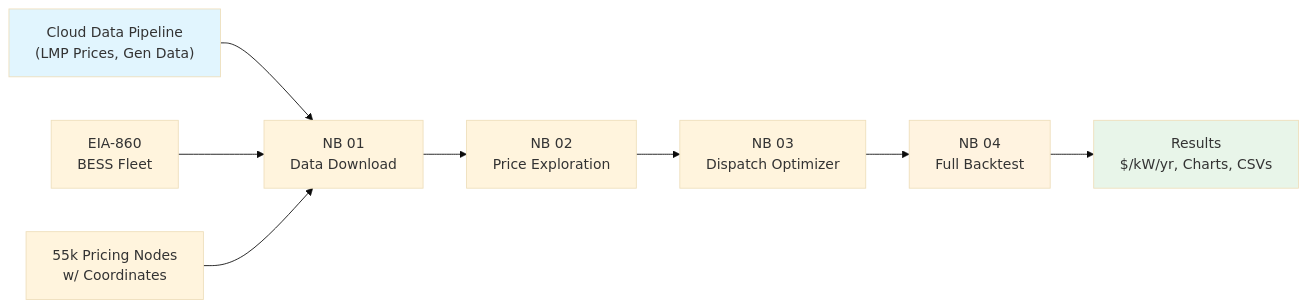
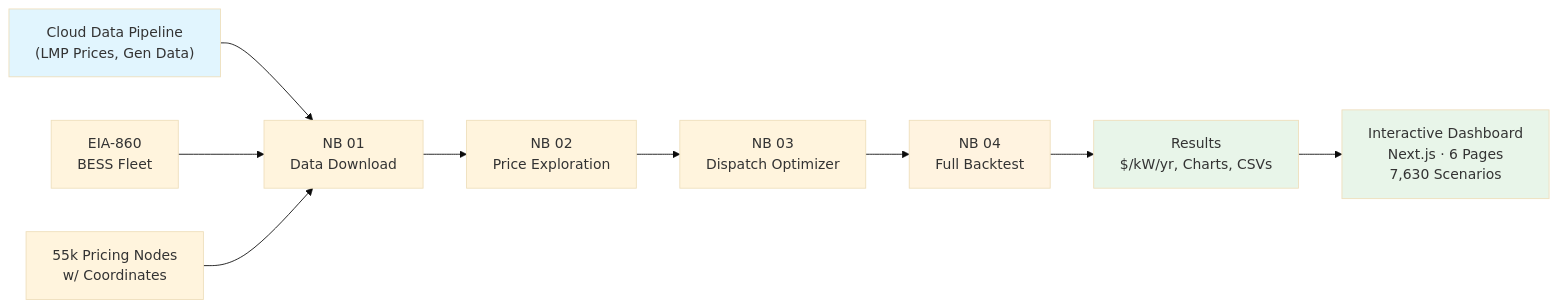
The first of 3 diagrams in README.md (Divi-patel/BESS_modo), drawn with Mermaid (base theme) before and after one commit. The commit also changed other lines of this file and 3 other files, not shown here.

First line of the commit message:
Update docs to reflect interactive dashboard, fix footer year to 2026

````diff
--- a/README.md
+++ b/README.md
@@ -13,15 +13,17 @@
 ```mermaid
 flowchart LR
     A["Cloud Data Pipeline\n(LMP Prices, Gen Data)"] --> B["NB 01\nData Download"]
     B --> C["NB 02\nPrice Exploration"]
     C --> D["NB 03\nDispatch Optimizer"]
     D --> E["NB 04\nFull Backtest"]
     E --> F["Results\n$/kW/yr, Charts, CSVs"]
+    F --> I["Interactive Dashboard\nNext.js · 6 Pages\n7,630 Scenarios"]
 
     G["EIA-860\nBESS Fleet"] --> B
     H["55k Pricing Nodes\nw/ Coordinates"] --> B
 
     style A fill:#e1f5fe
     style F fill:#e8f5e9
+    style I fill:#e8f5e9
     style E fill:#fff3e0
 ```
````
